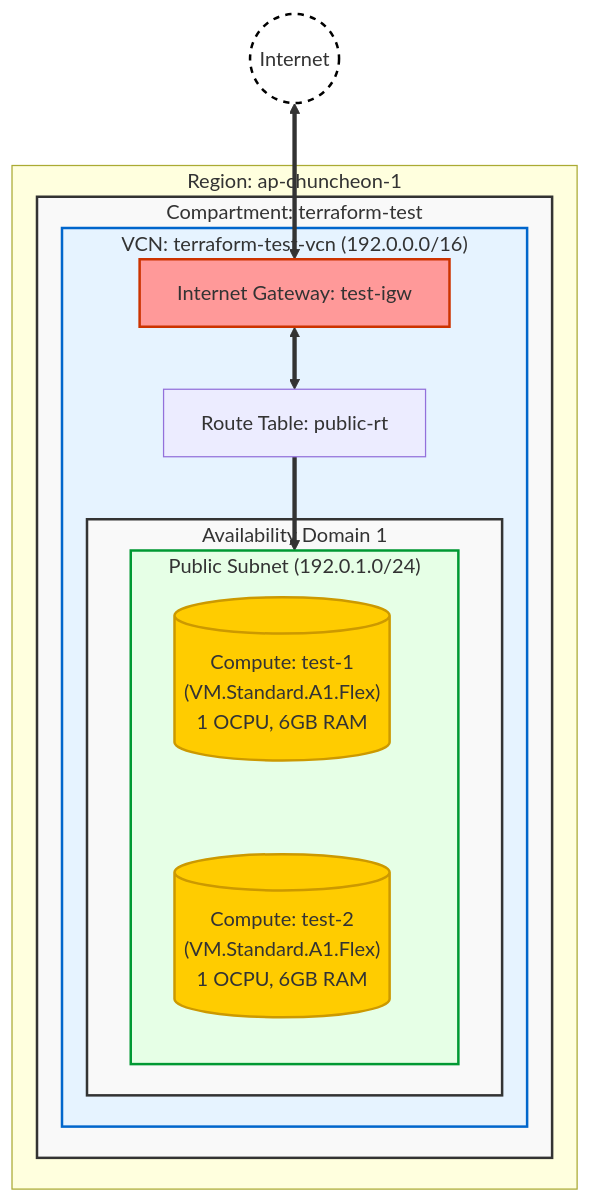
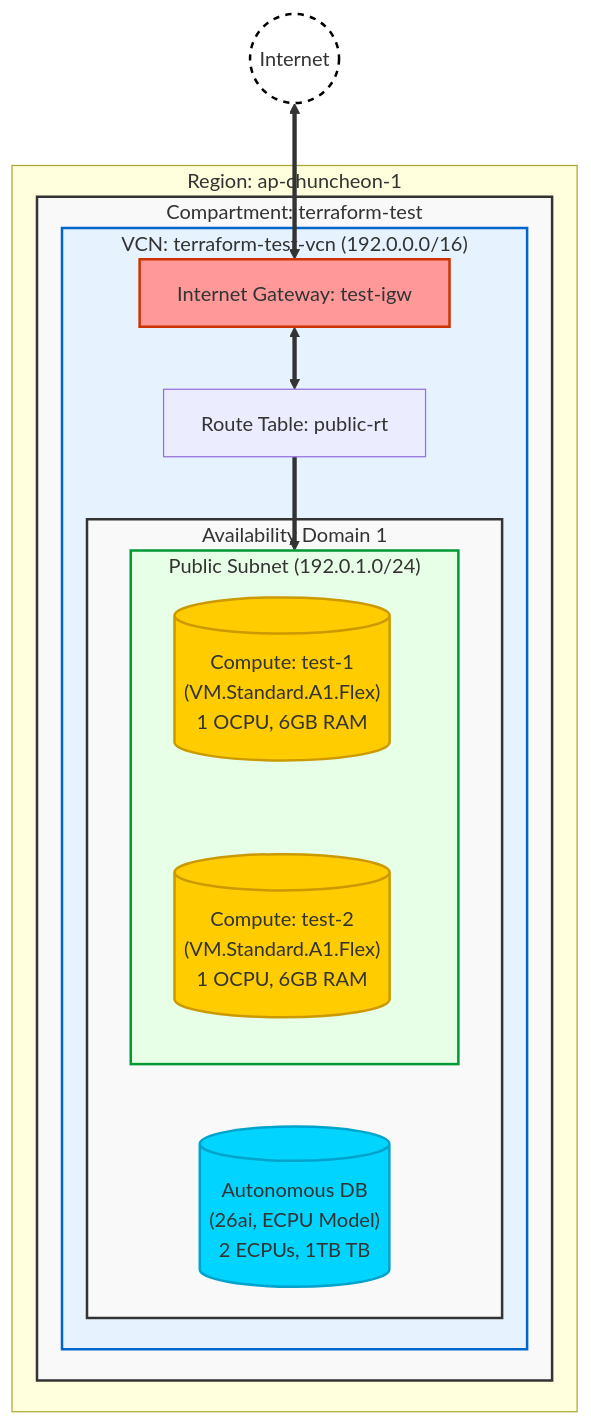
One commit to gruvboogi/terraform-test changed the diagram in ARCHITECTURE.md. Above: the diagram before and after it, drawn with Mermaid. The commit also changed other lines of this file, not shown here.

Commit message:
Update architecture with Autonomous DB (26ai)

````diff
--- a/ARCHITECTURE.md
+++ b/ARCHITECTURE.md
@@ -7,49 +7,53 @@
 ```mermaid
 graph TD
     %% Define Styles
     classDef compartment fill:#f9f9f9,stroke:#333,stroke-width:2px;
     classDef vcn fill:#e6f3ff,stroke:#0066cc,stroke-width:2px;
     classDef subnet fill:#e6ffe6,stroke:#009933,stroke-width:2px;
     classDef compute fill:#ffcc00,stroke:#cc9900,stroke-width:2px;
+    classDef db fill:#00d4ff,stroke:#00a3cc,stroke-width:2px;
     classDef gateway fill:#ff9999,stroke:#cc3300,stroke-width:2px;
     classDef internet fill:#ffffff,stroke:#000000,stroke-width:2px,stroke-dasharray: 5 5;
 
     Internet((Internet)):::internet
 
     subgraph Region ["Region: ap-chuncheon-1"]
         subgraph Comp ["Compartment: terraform-test"]
             
             subgraph VCN ["VCN: terraform-test-vcn (192.0.0.0/16)"]
                 
                 IGW[Internet Gateway: test-igw]:::gateway
                 
                 subgraph AD1 ["Availability Domain 1"]
                     
                     subgraph PubSub ["Public Subnet (192.0.1.0/24)"]
                         direction TB
                         
                         Inst1[("Compute: test-1<br/>(VM.Standard.A1.Flex)<br/>1 OCPU, 6GB RAM")]:::compute
                         Inst2[("Compute: test-2<br/>(VM.Standard.A1.Flex)<br/>1 OCPU, 6GB RAM")]:::compute
                     end
+
+                    ADB[("Autonomous DB<br/>(26ai, ECPU Model)<br/>2 ECPUs, 1TB TB")]:::db
                 end
                 
                 RT[Route Table: public-rt]
             end
         end
     end
 
     %% Network Flows
     Internet <==> IGW
     IGW <==> RT
     RT ==> PubSub
     
-    %% Implicit connections within subnet
+    %% Connections
     PubSub --- Inst1
     PubSub --- Inst2
+    Comp --- ADB
 
     %% Styling
     class Comp compartment
     class VCN vcn
     class PubSub subnet
     class AD1 compartment
 ```
````
